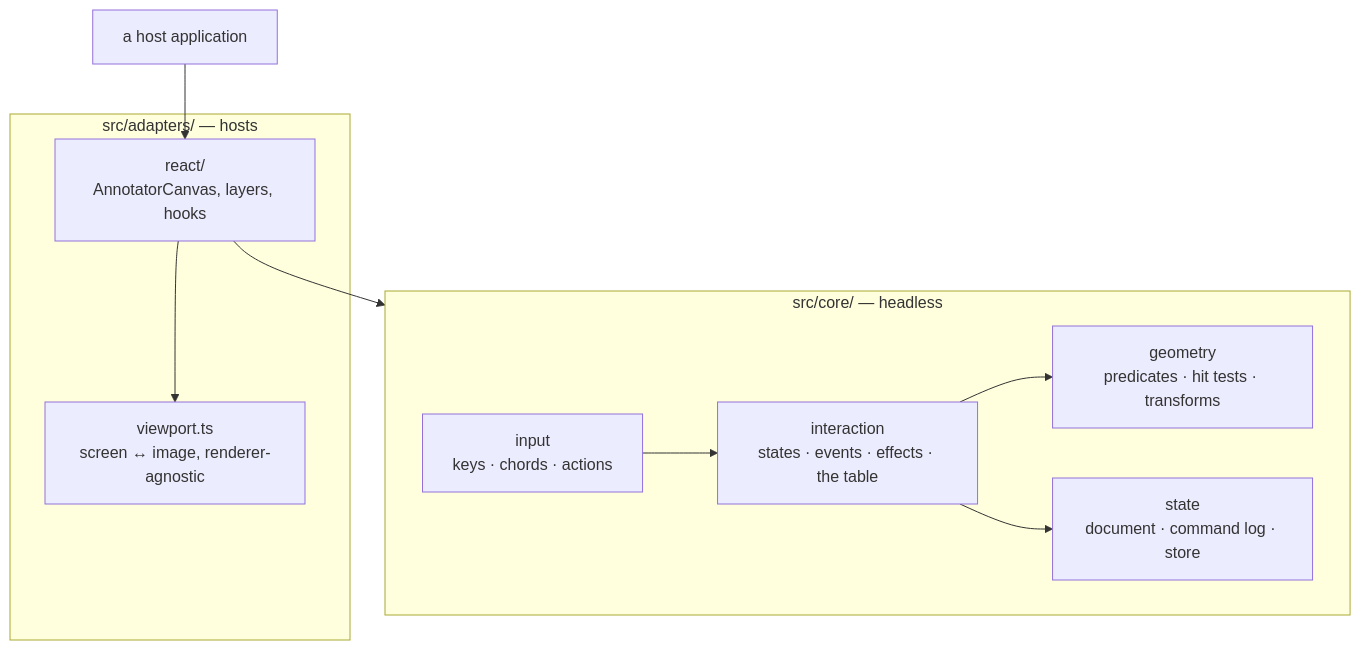
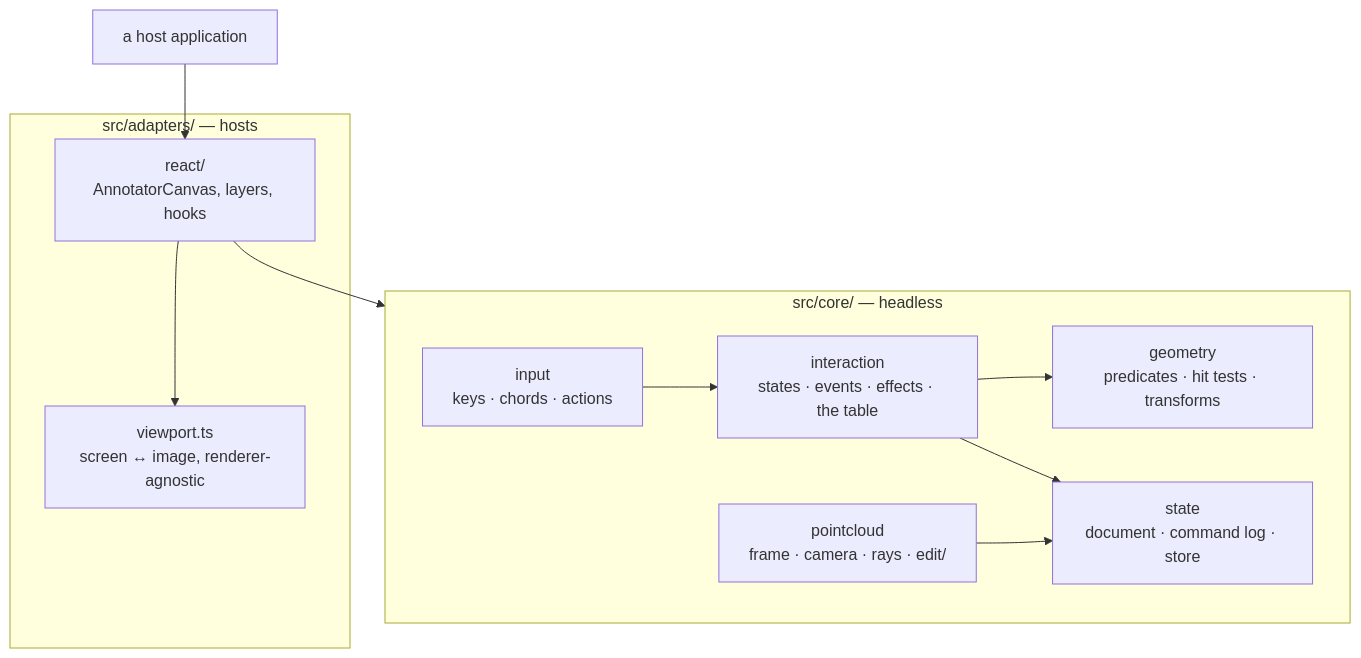
One commit to Robomous/VisionSet changed the diagram in docs/content/architecture/frontend/annotator.md. Above: the diagram before and after it, drawn with Mermaid. The commit also changed other lines of this file and 27 other files, not shown here.

````diff
--- a/docs/content/architecture/frontend/annotator.md
+++ b/docs/content/architecture/frontend/annotator.md
@@ -10,23 +10,25 @@
 ```mermaid
 flowchart TB
     subgraph Core["src/core/ — headless"]
         Geometry["geometry\npredicates · hit tests · transforms"]
         Interaction["interaction\nstates · events · effects · the table"]
         State["state\ndocument · command log · store"]
         Input["input\nkeys · chords · actions"]
+        PointCloud["pointcloud\nframe · camera · rays · edit/"]
     end
 
     subgraph Adapters["src/adapters/ — hosts"]
         Viewport["viewport.ts\nscreen ↔ image, renderer-agnostic"]
         ReactAd["react/\nAnnotatorCanvas, layers, hooks"]
     end
 
     Host["a host application"]
 
     Interaction --> Geometry
     Interaction --> State
     Input --> Interaction
+    PointCloud --> State
     ReactAd --> Core
     ReactAd --> Viewport
     Host --> ReactAd
 ```
````
